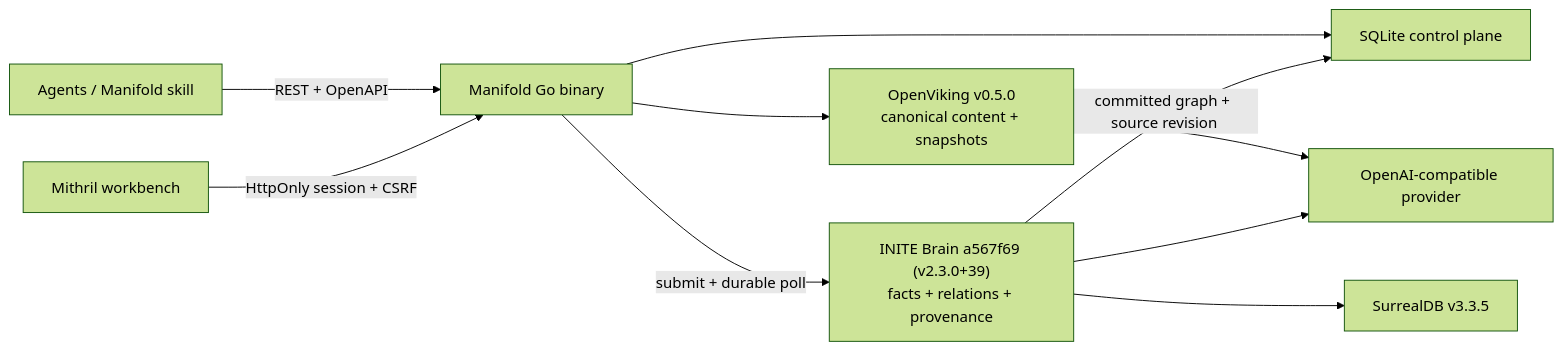
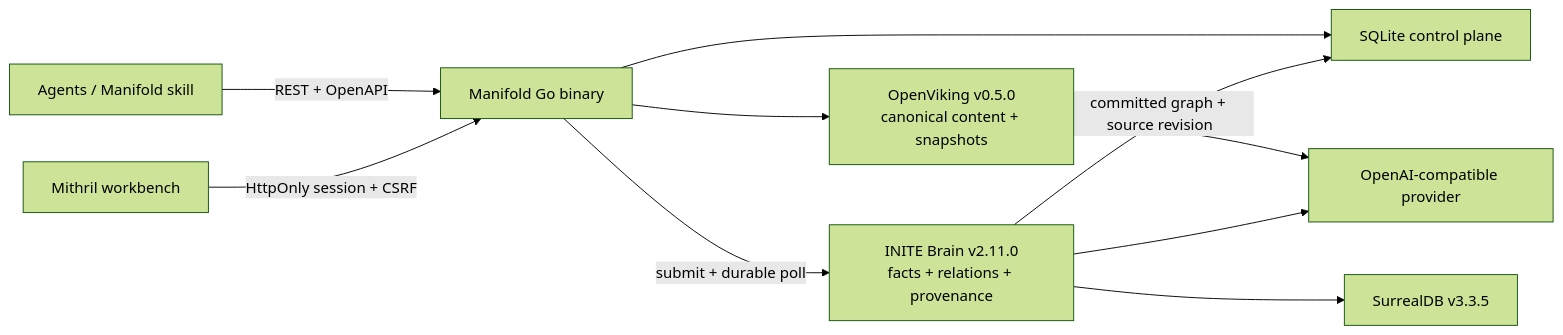
The diagram in README.md (iamwavecut/Manifold), drawn with Mermaid (forest theme) before and after one commit. The commit also changed other lines of this file and 6 other files, not shown here.

````diff
--- a/README.md
+++ b/README.md
@@ -129,12 +129,12 @@
 ```mermaid
 flowchart LR
     Agent["Agents / Manifold skill"] -->|"REST + OpenAPI"| API["Manifold Go binary"]
     Browser["Mithril workbench"] -->|"HttpOnly session + CSRF"| API
     API --> SQLite["SQLite control plane"]
     API --> OV["OpenViking v0.5.0\ncanonical content + snapshots"]
-    API -->|"submit + durable poll"| Brain["INITE Brain a567f69 (v2.3.0+39)\nfacts + relations + provenance"]
+    API -->|"submit + durable poll"| Brain["INITE Brain v2.11.0\nfacts + relations + provenance"]
     Brain --> Surreal["SurrealDB v3.3.5"]
     Brain -->|"committed graph + source revision"| SQLite
     OV --> Provider["OpenAI-compatible provider"]
     Brain --> Provider
 ```
````
